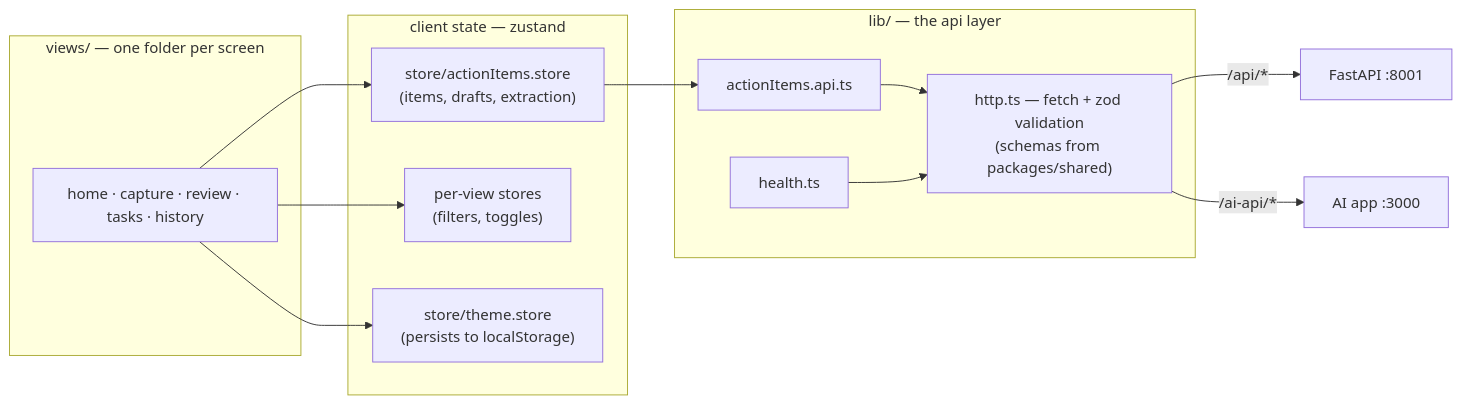
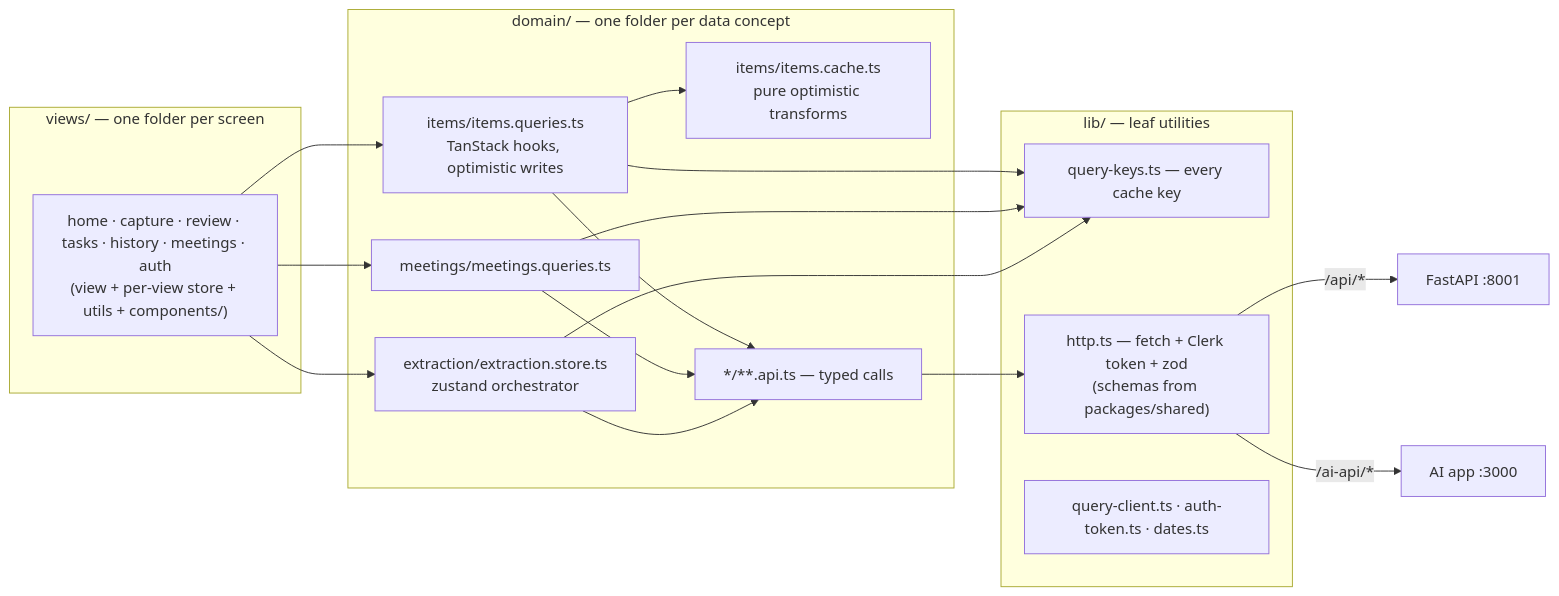
One commit to kpark93/note2action changed the diagram in docs/architecture/web.md. Above: the diagram before and after it, drawn with Mermaid. The commit also changed other lines of this file and 136 other files, not shown here.

````diff
--- a/docs/architecture/web.md
+++ b/docs/architecture/web.md
@@ -8,27 +8,34 @@
 ```mermaid
 flowchart LR
     subgraph Views["views/ — one folder per screen"]
-        V["home · capture · review · tasks · history"]
+        V["home · capture · review · tasks · history · meetings · auth<br/>(view + per-view store + utils + components/)"]
     end
 
-    subgraph State["client state — zustand"]
-        Items["store/actionItems.store<br/>(items, drafts, extraction)"]
-        PerView["per-view stores<br/>(filters, toggles)"]
-        Theme["store/theme.store<br/>(persists to localStorage)"]
+    subgraph Domain["domain/ — one folder per data concept"]
+        ItemsQ["items/items.queries.ts<br/>TanStack hooks, optimistic writes"]
+        ItemsC["items/items.cache.ts<br/>pure optimistic transforms"]
+        MeetQ["meetings/meetings.queries.ts"]
+        Extract["extraction/extraction.store.ts<br/>zustand orchestrator"]
+        Api["*/**.api.ts — typed calls"]
     end
 
-    subgraph ApiLayer["lib/ — the api layer"]
-        ItemsApi["actionItems.api.ts"]
-        Health["health.ts"]
-        Http["http.ts — fetch + zod validation<br/>(schemas from packages/shared)"]
+    subgraph Lib["lib/ — leaf utilities"]
+        Keys["query-keys.ts — every cache key"]
+        Http["http.ts — fetch + Clerk token + zod<br/>(schemas from packages/shared)"]
+        QC["query-client.ts · auth-token.ts · dates.ts"]
     end
 
-    V --> Items
-    V --> PerView
-    V --> Theme
-    Items --> ItemsApi
-    ItemsApi --> Http
-    Health --> Http
+    V --> ItemsQ
+    V --> MeetQ
+    V --> Extract
+    ItemsQ --> ItemsC
+    ItemsQ --> Api
+    MeetQ --> Api
+    Extract --> Api
+    ItemsQ --> Keys
+    MeetQ --> Keys
+    Extract --> Keys
+    Api --> Http
     Http -->|"/api/*"| API["FastAPI :8001"]
     Http -->|"/ai-api/*"| AI["AI app :3000"]
 ```
````
